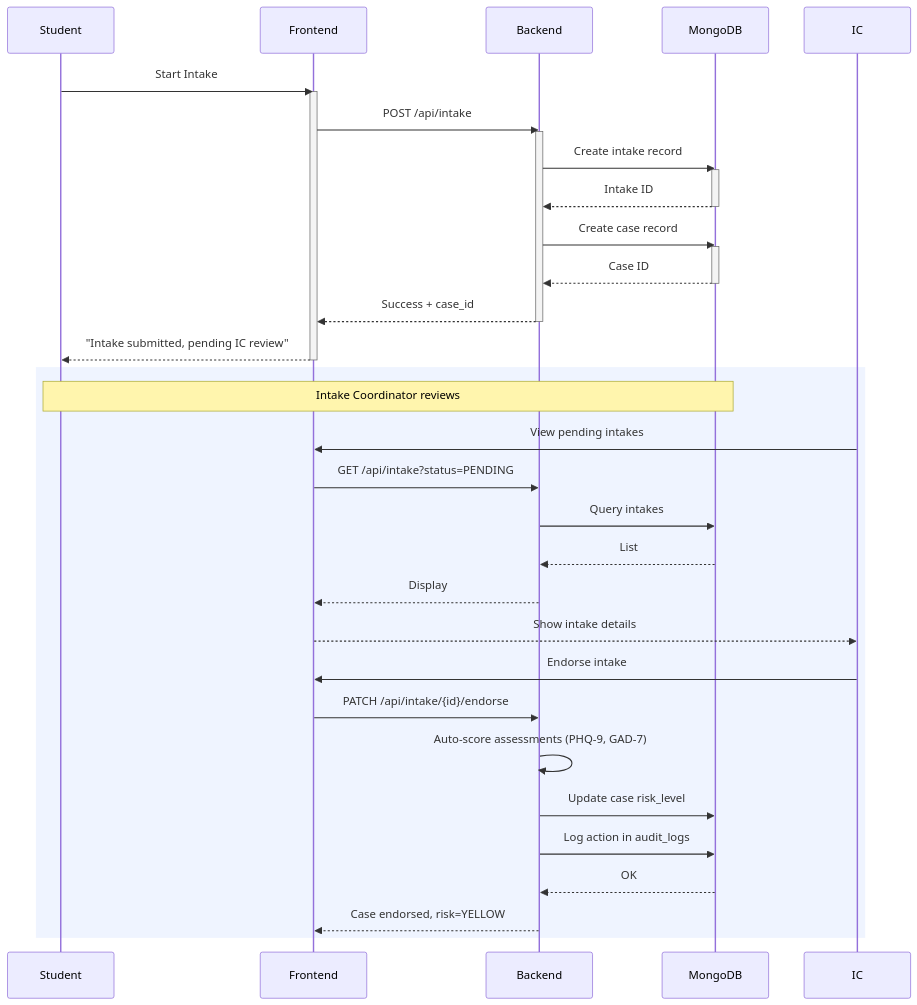
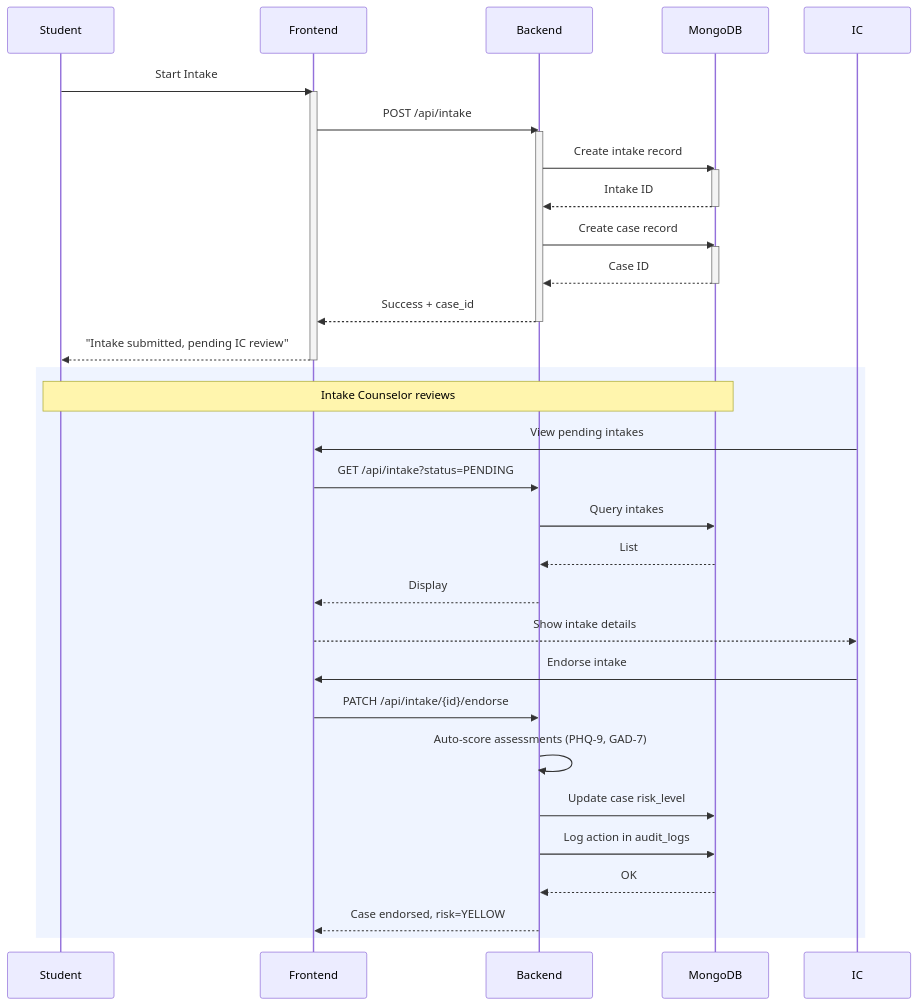
Before and after one commit to JiromL/CAPSTONE1: the third of 7 diagrams in docs/ARCHITECTURE_DETAILED.md, drawn with Mermaid. The commit also changed other lines of this file and 40 other files, not shown here.

````diff
--- a/docs/ARCHITECTURE_DETAILED.md
+++ b/docs/ARCHITECTURE_DETAILED.md
@@ -119,42 +119,42 @@
 ```mermaid
 sequenceDiagram
     participant Student
     participant Frontend
     participant Backend
     participant DB as MongoDB
 
     Student->>Frontend: Start Intake
     activate Frontend
     Frontend->>Backend: POST /api/intake
     activate Backend
     Backend->>DB: Create intake record
     activate DB
     DB-->>Backend: Intake ID
     deactivate DB
     Backend->>DB: Create case record
     activate DB
     DB-->>Backend: Case ID
     deactivate DB
     Backend-->>Frontend: Success + case_id
     deactivate Backend
     Frontend-->>Student: "Intake submitted, pending IC review"
     deactivate Frontend
 
     rect rgb(100, 150, 255, 0.1)
-    Note over Student,DB: Intake Coordinator reviews
+    Note over Student,DB: Intake Counselor reviews
     IC->>Frontend: View pending intakes
     Frontend->>Backend: GET /api/intake?status=PENDING
     Backend->>DB: Query intakes
     DB-->>Backend: List
     Backend-->>Frontend: Display
     Frontend-->>IC: Show intake details
 
     IC->>Frontend: Endorse intake
     Frontend->>Backend: PATCH /api/intake/{id}/endorse
     Backend->>Backend: Auto-score assessments (PHQ-9, GAD-7)
     Backend->>DB: Update case risk_level
     Backend->>DB: Log action in audit_logs
     DB-->>Backend: OK
     Backend-->>Frontend: Case endorsed, risk=YELLOW
     end
 ```
````
